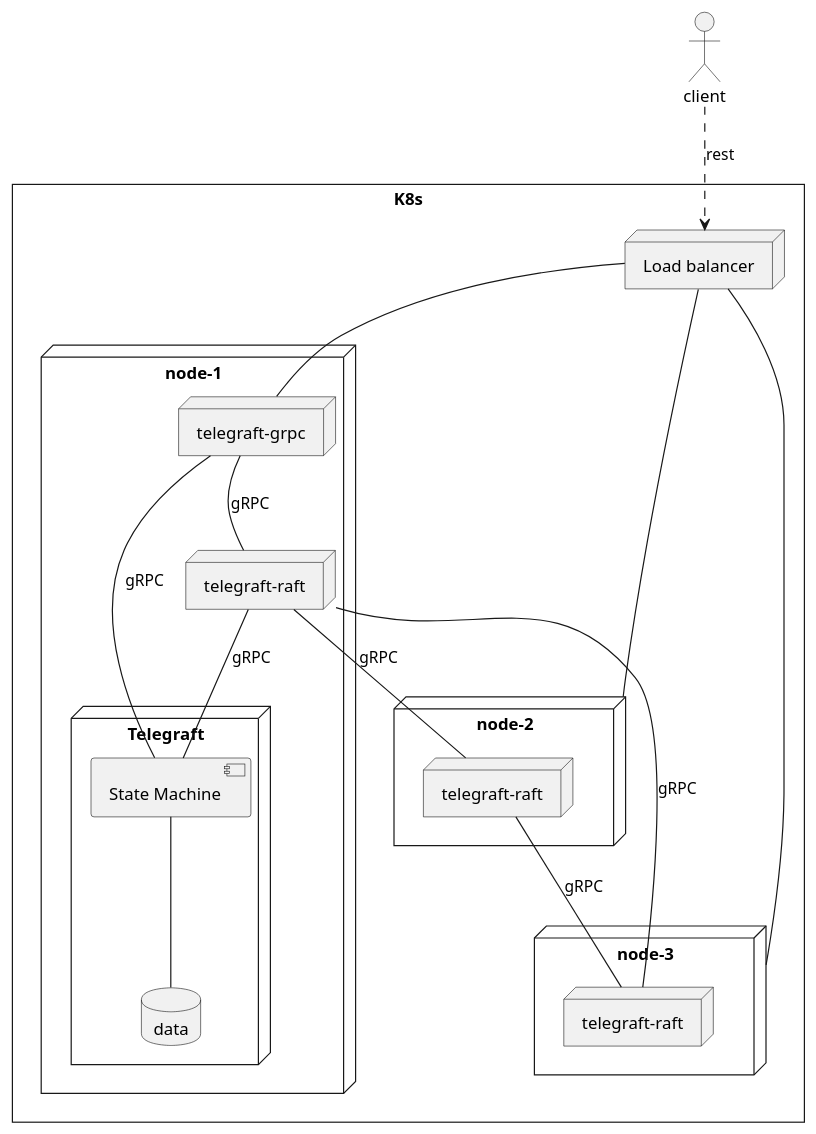
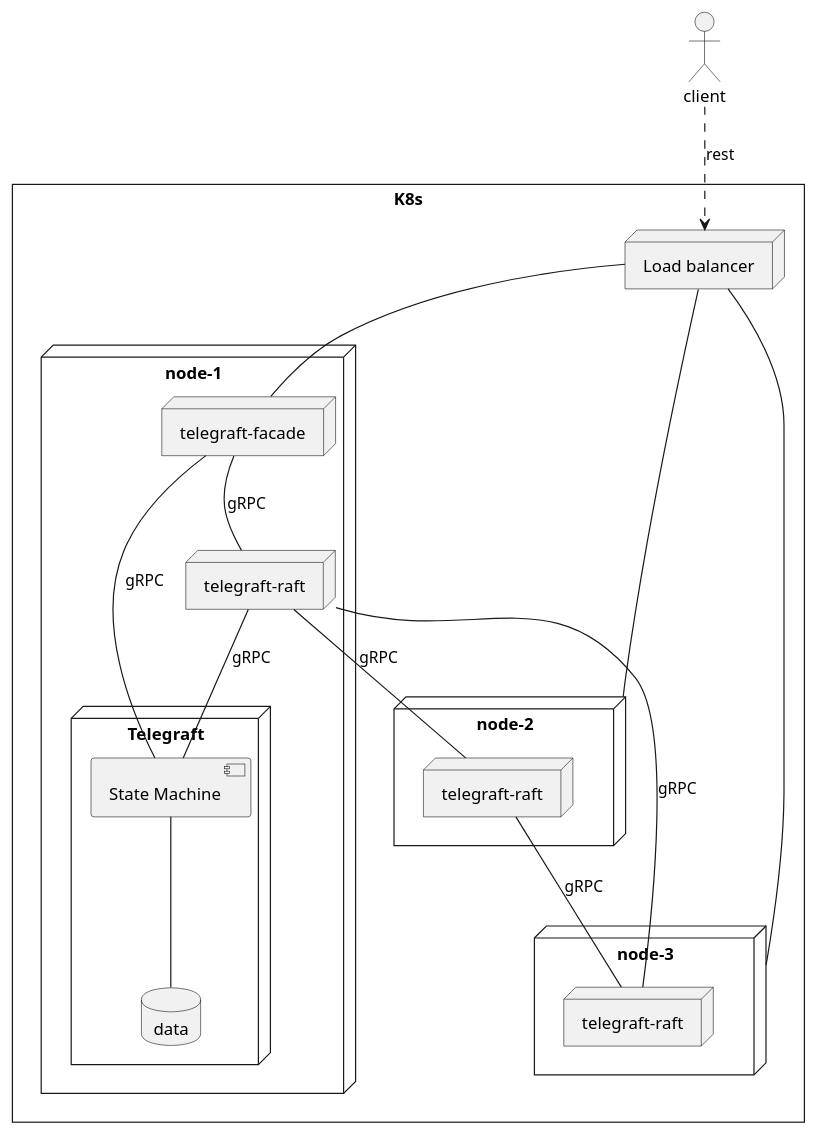
One commit to strang3nt/Telegraft changed the diagram in docs/diagrams/src/kube_cluster.plantuml. Above: the diagram before and after it, drawn with PlantUML. The commit also changed 49 other files, not shown here.

```diff
--- a/docs/diagrams/src/kube_cluster.plantuml
+++ b/docs/diagrams/src/kube_cluster.plantuml
@@ -1,45 +1,45 @@
 @startuml kube_cluster
 
 skinparam style strictuml
 
 actor "client"
 rectangle "K8s" {
 
   node "Load balancer" as lb
 
   node "node-1" as n1 {
     node Telegraft as tnode1 {
       component [State Machine] as stm
       database "data" as db1
     }
 
-    node "telegraft-grpc" as grpc
+    node "telegraft-facade" as grpc
     node "telegraft-raft" as raft
   }
 
   node "node-2" as n2 {
     node "telegraft-raft" as raft2
   }
 
   node "node-3" as n3 {
     node "telegraft-raft" as raft3
   }
 
 }
 
 client ..> lb: rest
 lb -- grpc
 lb -- n2
 lb -- n3
 
 stm -- db1
 
 grpc -- raft: gRPC
 grpc -- stm: gRPC
 raft -- stm: gRPC
 raft -- raft2: gRPC
 raft -- raft3: gRPC
 raft2 -- raft3: gRPC
 
 
 @enduml
```
